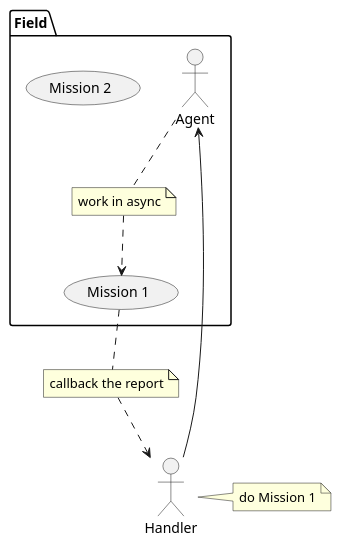
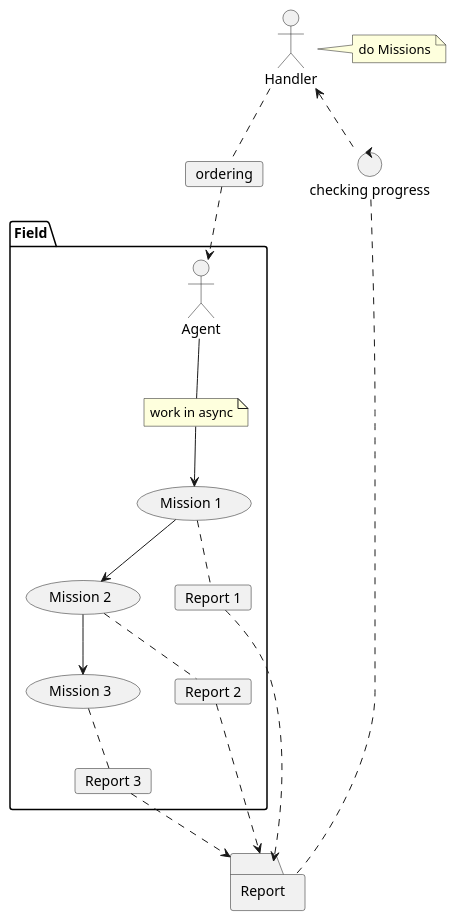
The first of 5 diagrams in doxy/features/agent.md (ylllc/yges_js_web), drawn with PlantUML before and after one commit.

Commit message:
brushup Agent usecase diagram

```diff
--- a/doxy/features/agent.md
+++ b/doxy/features/agent.md
@@ -21,22 +21,43 @@
 @startuml "What's Agent?"
 actor Handler
-note right of Handler: do Mission 1
+note right of Handler: do Missions
+
+card ordering
+
+folder Report
+control "checking progress" as checking
 
 package Field {
 	actor Agent
 
+	note "work in async" as order
+
 	usecase "Mission 1" as mis1
 	usecase "Mission 2" as mis2
+	usecase "Mission 3" as mis3
 
-	note "work in async" as do1
+	card "Report 1" as rep1
+	card "Report 2" as rep2
+	card "Report 3" as rep3
+
+	mis1 .. rep1
+	mis2 .. rep2
+	mis3 .. rep3
 }
 
-Handler --> Agent
-Agent .. do1
-do1 ..> mis1
+Handler .. ordering
+ordering ..> Agent
 
-note "callback the report" as cb1
-mis1 .. cb1
-cb1 ..> Handler
+Handler <.. checking
+checking .. Report
+
+Agent -- order
+order --> mis1
+mis1 --> mis2
+mis2 --> mis3
+
+rep1 ..> Report
+rep2 ..> Report
+rep3 ..> Report
 
 @enduml
```
